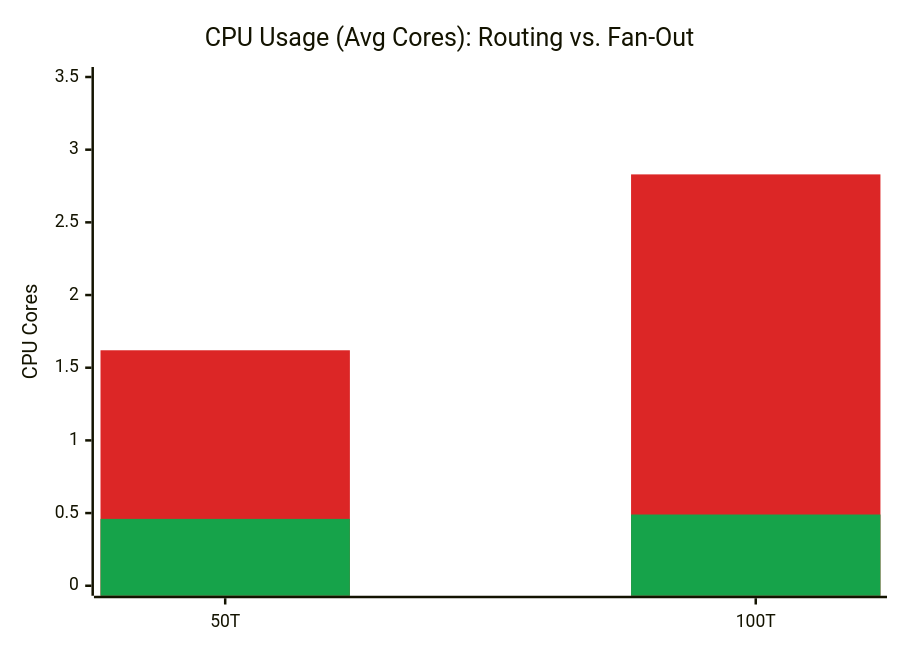
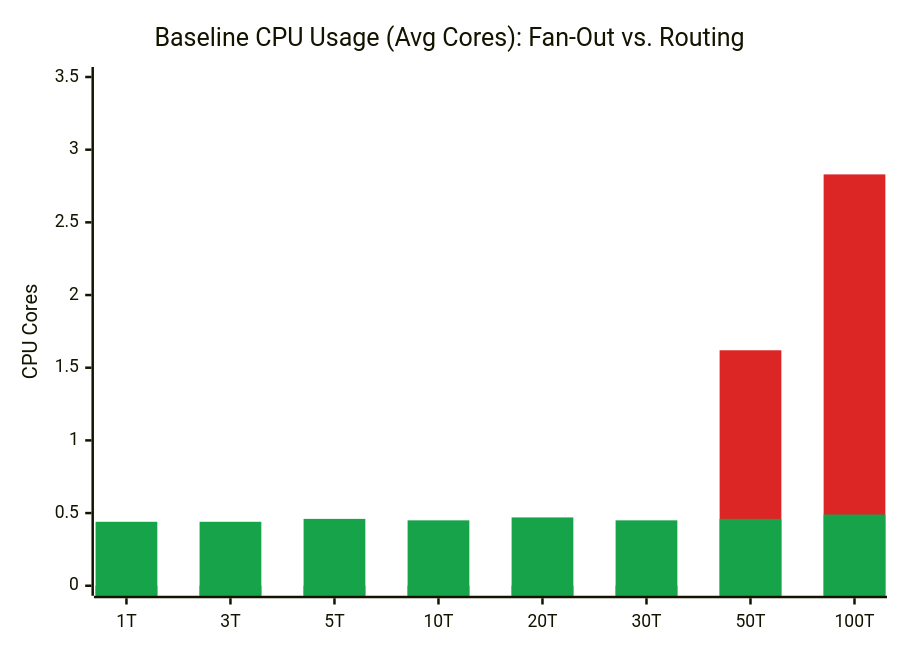
The first of 4 diagrams in result.md (tom-ludwig/kyma-telemetry-gardener-test-cluster), drawn with Mermaid before and after one commit. The commit also changed other lines of this file, not shown here.

Commit message:
docs(load-test): merge results graphs

````diff
--- a/result.md
+++ b/result.md
@@ -79,14 +81,14 @@
 ```mermaid
 ---
 config:
   themeVariables:
     xyChart:
       plotColorPalette: "#dc2626, #16a34a"
 ---
 xychart-beta
-    title "CPU Usage (Avg Cores): Routing vs. Fan-Out"
-    x-axis ["50T", "100T"]
+    title "Baseline CPU Usage (Avg Cores): Fan-Out vs. Routing"
+    x-axis ["1T", "3T", "5T", "10T", "20T", "30T", "50T", "100T"]
     y-axis "CPU Cores" 0 --> 3.5
-    bar "Fan-Out" [1.62, 2.83]
-    bar "Routing" [0.46, 0.49]
+    bar "Fan-Out" [0, 0, 0, 0, 0, 0, 1.62, 2.83]
+    bar "Routing" [0.44, 0.44, 0.46, 0.45, 0.47, 0.45, 0.46, 0.49]
 ```
````
